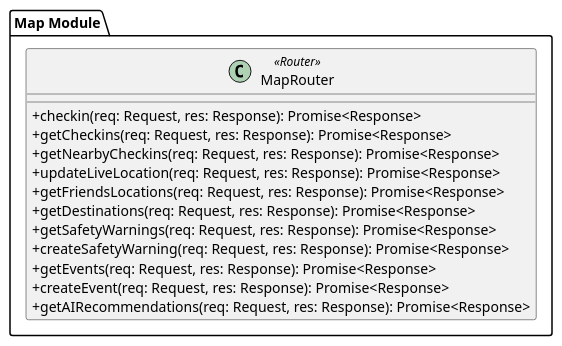
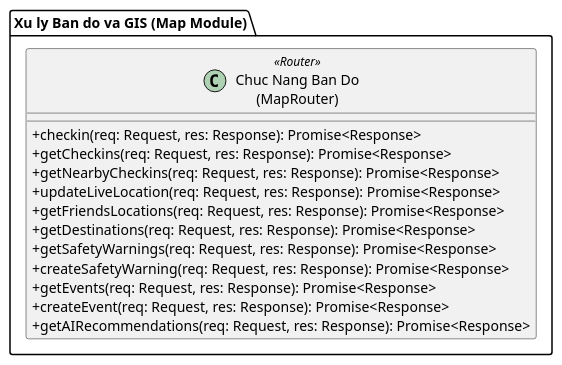
The diagram in docs/uml/Class/Class_Map.puml (ntctuongktpm2211030-crypto/Thuc_Tap_NTD), drawn with PlantUML before and after one commit. The commit also changed 20 other files, not shown here.

```diff
--- a/docs/uml/Class/Class_Map.puml
+++ b/docs/uml/Class/Class_Map.puml
@@ -1,23 +1,23 @@
 @startuml Class_Map
 
 skinparam linetype ortho
 skinparam classAttributeIconSize 0
 
-package "Map Module" {
+package "Xu ly Ban do va GIS (Map Module)" {
 
-  class "MapRouter" as MapRouter <<Router>> {
+  class "Chuc Nang Ban Do\n(MapRouter)" as MapRouter <<Router>> {
     + checkin(req: Request, res: Response): Promise<Response>
     + getCheckins(req: Request, res: Response): Promise<Response>
     + getNearbyCheckins(req: Request, res: Response): Promise<Response>
     + updateLiveLocation(req: Request, res: Response): Promise<Response>
     + getFriendsLocations(req: Request, res: Response): Promise<Response>
     + getDestinations(req: Request, res: Response): Promise<Response>
     + getSafetyWarnings(req: Request, res: Response): Promise<Response>
     + createSafetyWarning(req: Request, res: Response): Promise<Response>
     + getEvents(req: Request, res: Response): Promise<Response>
     + createEvent(req: Request, res: Response): Promise<Response>
     + getAIRecommendations(req: Request, res: Response): Promise<Response>
   }
 }
 
 @enduml
```
